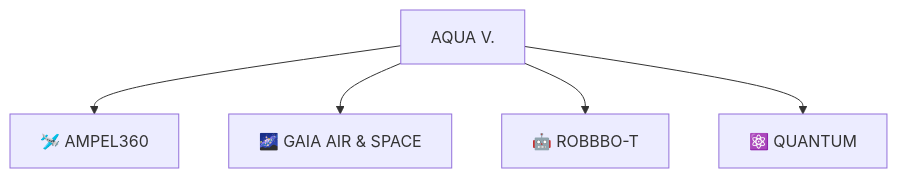
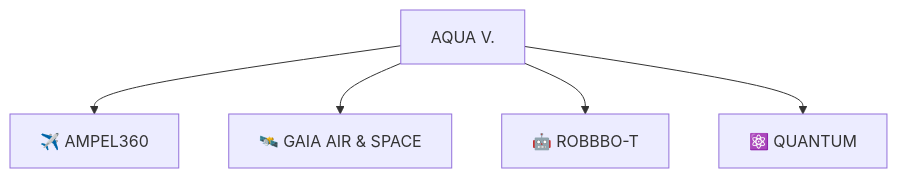
One commit to Robbbo-T/A-Q-U-A_V changed the first of 4 diagrams in README.md. Above: the diagram before and after it, drawn with Mermaid. The commit also changed other lines of this file, not shown here.

````diff
--- a/README.md
+++ b/README.md
@@ -81,8 +81,8 @@
 ```mermaid
 graph TD
   AQUA_V[AQUA V.] 
-  AQUA_V --> AMPEL360[🛩️ AMPEL360]
-  AQUA_V --> GAIAAIR[🌌 GAIA AIR & SPACE]
+  AQUA_V --> AMPEL360[✈️ AMPEL360]
+  AQUA_V --> GAIA[🛰️ GAIA AIR & SPACE]
   AQUA_V --> ROBBBO[🤖 ROBBBO-T]
   AQUA_V --> QUANTUM[⚛️ QUANTUM]
 ```
````
